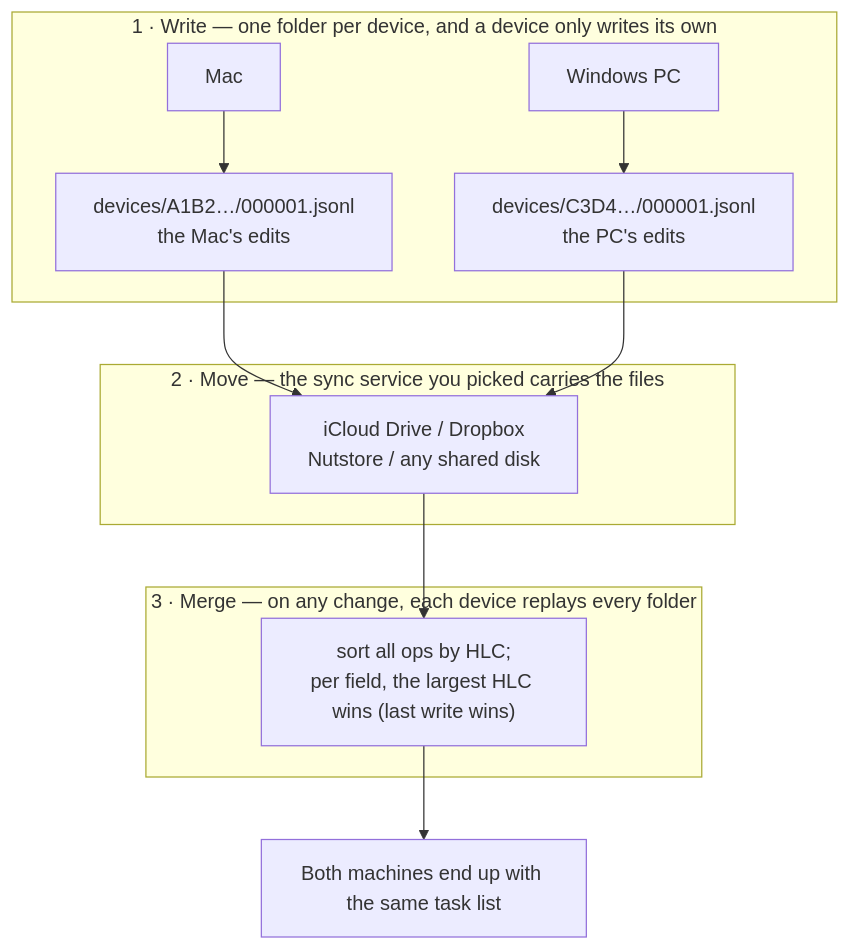
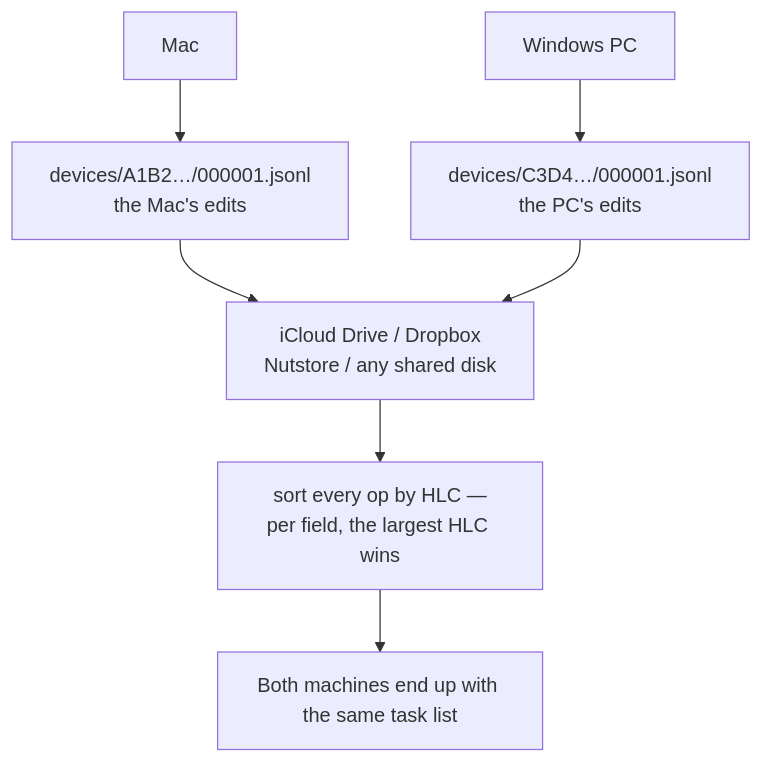
Before and after one commit to yaodongen/kapibala: the diagram in README.md, drawn with Mermaid. The commit also changed other lines of this file and 19 other files, not shown here.

Commit message:
docs: README 重做成落地页（顶图 + 10 秒真机 GIF + 对比表 + 下载 CTA + star 引导），中英各一，截图按当前版本重截，版本号 1.12.7

````diff
--- a/README.md
+++ b/README.md
@@ -75,17 +172,9 @@
 ```mermaid
 flowchart TD
-    subgraph W["1 · Write — one folder per device, and a device only writes its own"]
-        MA["Mac"] --> FA["devices/A1B2…/000001.jsonl<br/>the Mac's edits"]
-        MB["Windows PC"] --> FB["devices/C3D4…/000001.jsonl<br/>the PC's edits"]
-    end
-    subgraph T["2 · Move — the sync service you picked carries the files"]
-        SY["iCloud Drive / Dropbox<br/>Nutstore / any shared disk"]
-    end
-    subgraph R["3 · Merge — on any change, each device replays every folder"]
-        MG["sort all ops by HLC;<br/>per field, the largest HLC wins (last write wins)"]
-    end
-    FA --> SY
+    MA["Mac"] --> FA["devices/A1B2…/000001.jsonl<br/>the Mac's edits"]
+    MB["Windows PC"] --> FB["devices/C3D4…/000001.jsonl<br/>the PC's edits"]
+    FA --> SY["iCloud Drive / Dropbox<br/>Nutstore / any shared disk"]
     FB --> SY
-    SY --> MG
+    SY --> MG["sort every op by HLC —<br/>per field, the largest HLC wins"]
     MG --> UI["Both machines end up with the same task list"]
 ```
````
